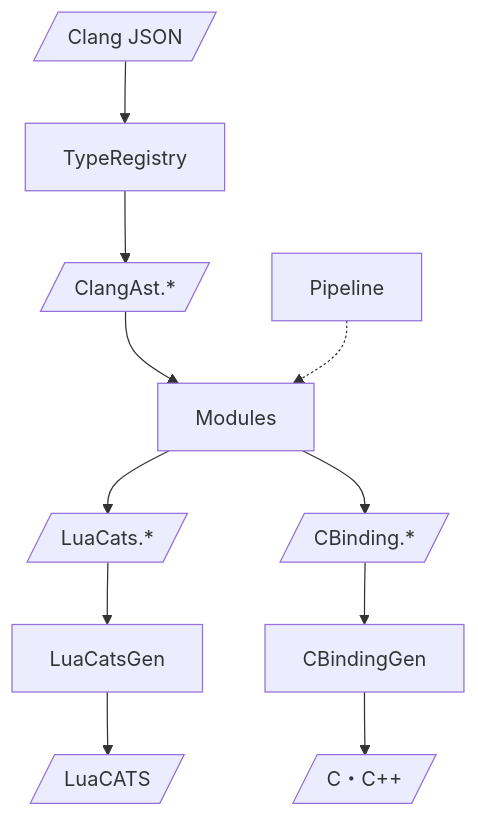
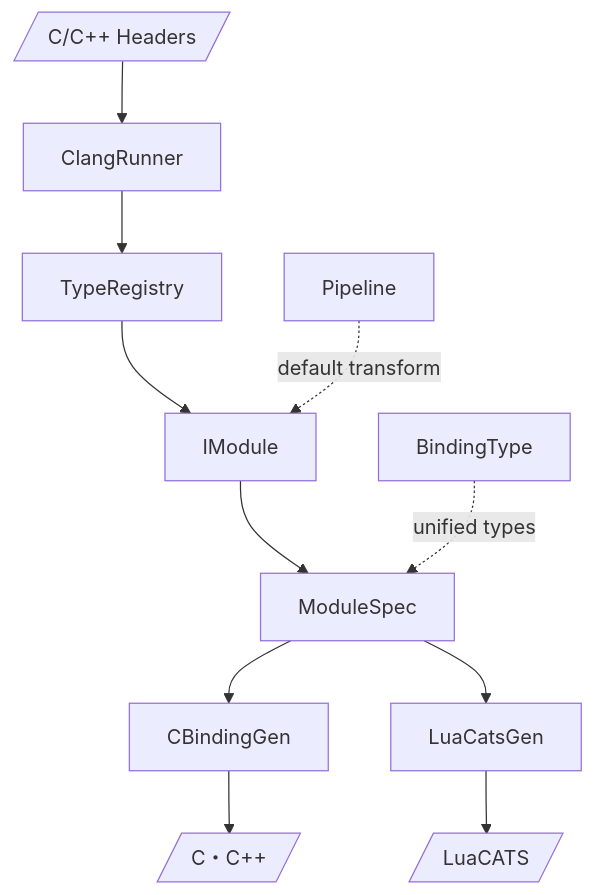
Before and after one commit to neguse/lub3d: the diagram in Generator/README.md, drawn with Mermaid. The commit also changed other lines of this file and 1 other file, not shown here.

Commit message:
Rewrite CLAUDE.md and Generator/README.md to match current architecture

````diff
--- a/Generator/README.md
+++ b/Generator/README.md
@@ -11,13 +7,11 @@
 ```mermaid
 flowchart TD
-    JSON[/Clang JSON/] --> TypeRegistry
-    TypeRegistry --> ClangAst[/ClangAst.*/]
-    ClangAst --> Modules
-    Modules --> LuaCats[/LuaCats.*/]
-    Modules --> CBinding[/CBinding.*/]
-    LuaCats --> LuaCatsGen
-    CBinding --> CBindingGen
-    LuaCatsGen --> LuaCatsOutput[/LuaCATS/]
-    CBindingGen --> COutput[/C・C++/]
-    Pipeline -.-> Modules
+    Headers[/C/C++ Headers/] --> ClangRunner
+    ClangRunner --> TypeRegistry
+    TypeRegistry --> IModule
+    IModule --> ModuleSpec
+    ModuleSpec --> CBindingGen --> COutput[/C・C++/]
+    ModuleSpec --> LuaCatsGen --> LuaOutput[/LuaCATS/]
+    Pipeline -.->|default transform| IModule
+    BindingType -.->|unified types| ModuleSpec
 ```
````
